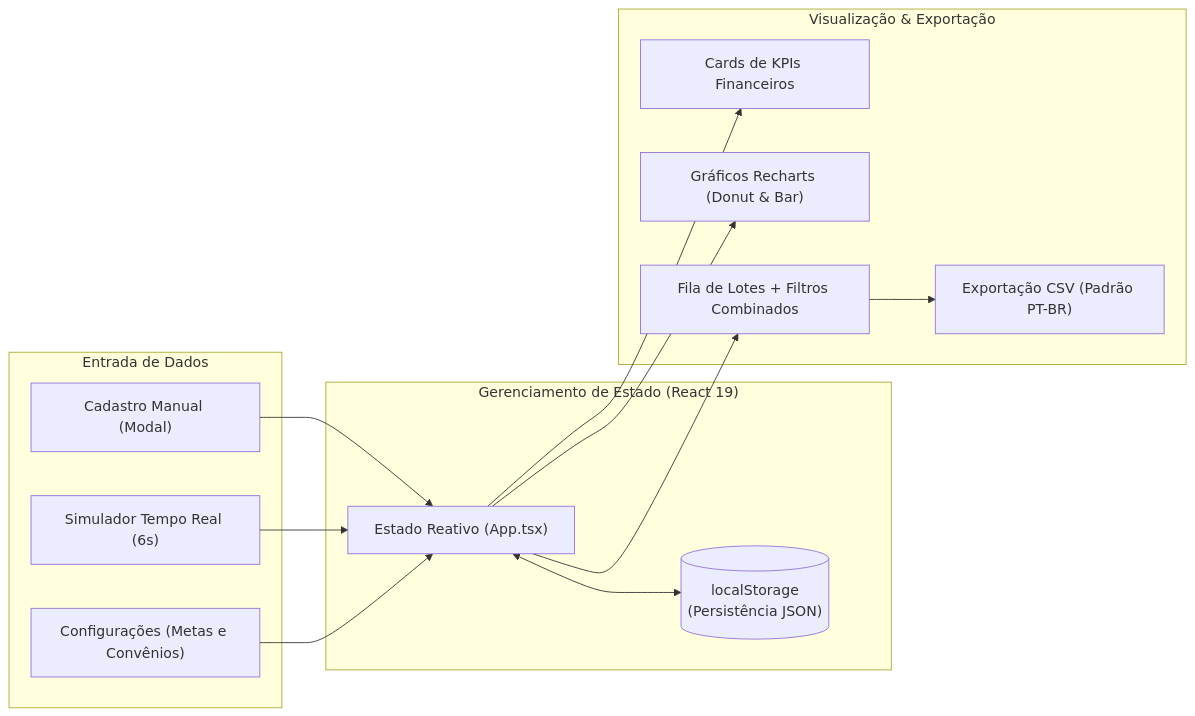
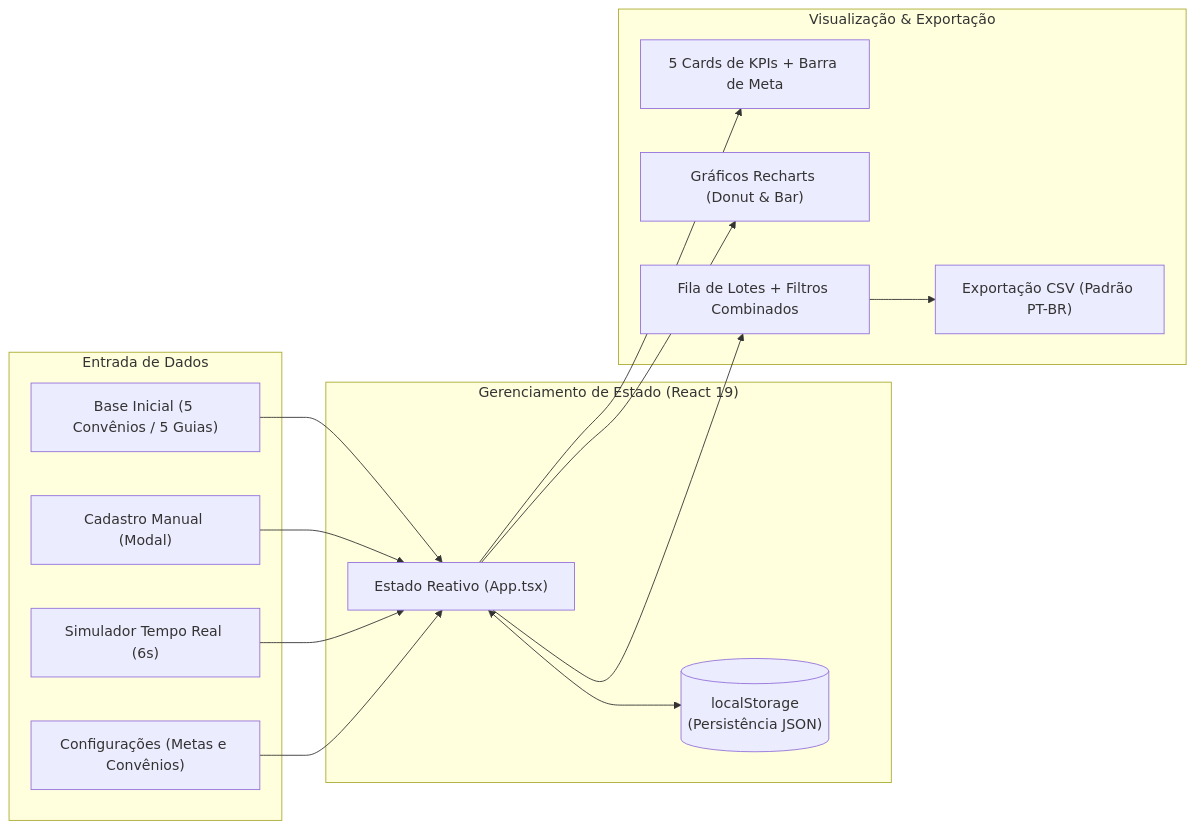
The diagram in README.md (luizpimentel/gwaan-analytics), drawn with Mermaid before and after one commit. The commit also changed other lines of this file, not shown here.

Commit message:
docs: update README with Sage & Olive design system and KPI details

````diff
--- a/README.md
+++ b/README.md
@@ -38,29 +58,31 @@
 ```mermaid
 flowchart LR
     subgraph Entrada ["Entrada de Dados"]
+        B["Base Inicial (5 Convênios / 5 Guias)"]
         M["Cadastro Manual (Modal)"]
         S["Simulador Tempo Real (6s)"]
         C["Configurações (Metas e Convênios)"]
     end
 
     subgraph Estado ["Gerenciamento de Estado (React 19)"]
         ST["Estado Reativo (App.tsx)"]
         LS[("localStorage\n(Persistência JSON)")]
         ST <--> LS
     end
 
     subgraph Saida ["Visualização & Exportação"]
-        KPI["Cards de KPIs Financeiros"]
+        KPI["5 Cards de KPIs + Barra de Meta"]
         CH["Gráficos Recharts (Donut & Bar)"]
         TB["Fila de Lotes + Filtros Combinados"]
         CSV["Exportação CSV (Padrão PT-BR)"]
     end
 
+    B --> ST
     M --> ST
     S --> ST
     C --> ST
     ST --> KPI
     ST --> CH
     ST --> TB
     TB --> CSV
 ```
````
